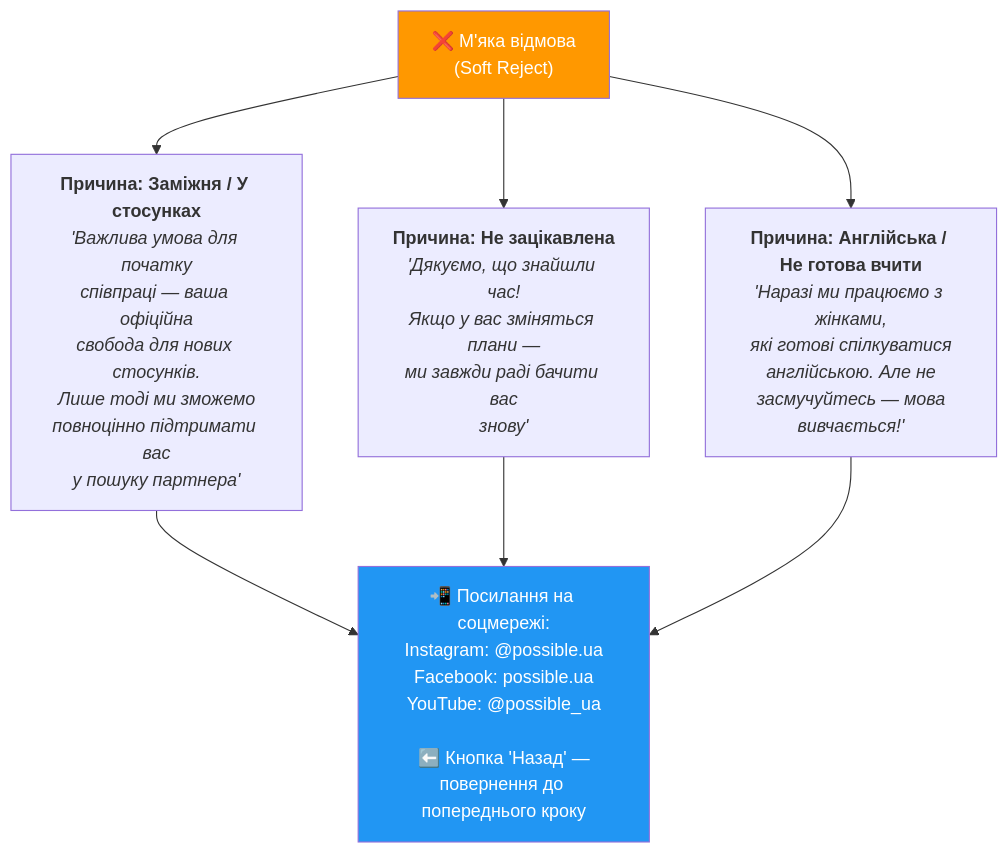
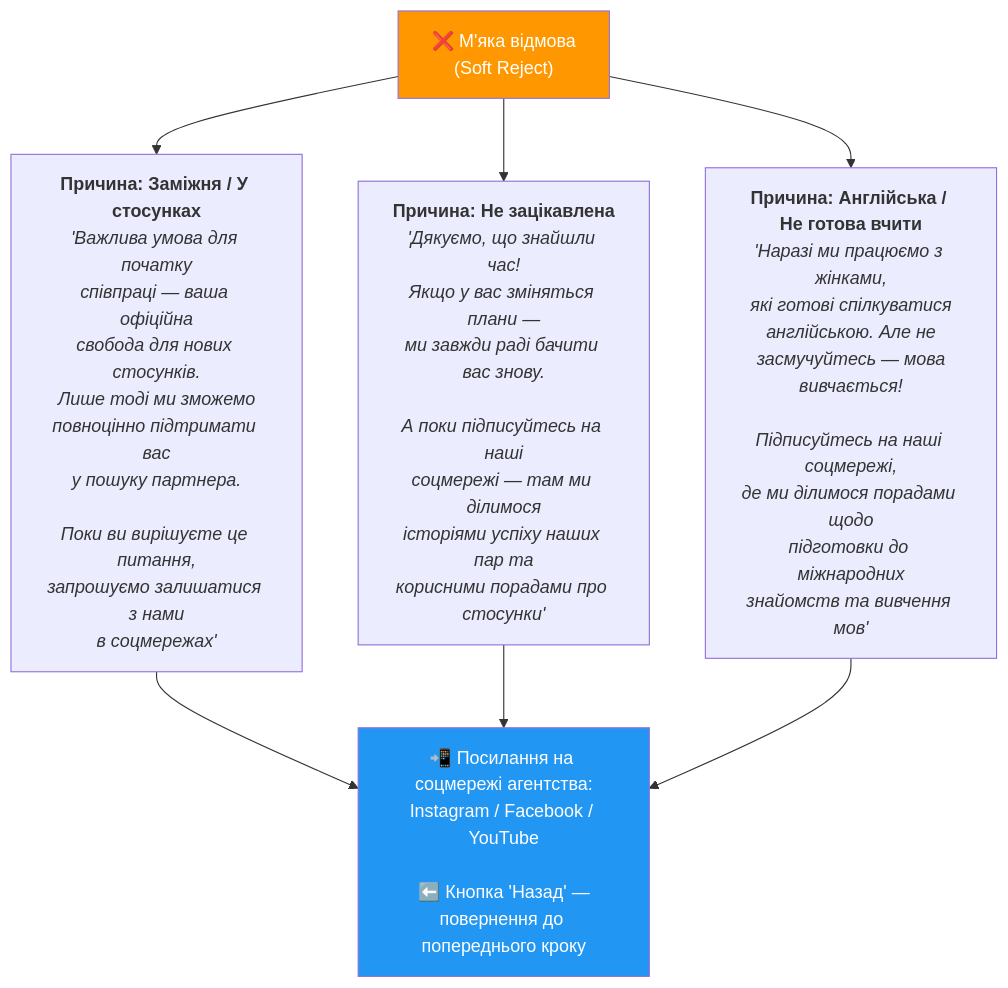
The fifth of 9 diagrams in README.md (sergeytkachenko/tbot), drawn with Mermaid before and after one commit. The commit also changed other lines of this file, not shown here.

````diff
--- a/README.md
+++ b/README.md
@@ -172,19 +177,19 @@
 ```mermaid
 flowchart TD
     REJECT_TITLE["❌ М'яка відмова<br/>(Soft Reject)"]
 
-    REJECT_TITLE --> R1["<b>Причина: Заміжня / У стосунках</b><br/><i>'Важлива умова для початку<br/>співпраці — ваша офіційна<br/>свобода для нових стосунків.<br/>Лише тоді ми зможемо<br/>повноцінно підтримати вас<br/>у пошуку партнера'</i>"]
+    REJECT_TITLE --> R1["<b>Причина: Заміжня / У стосунках</b><br/><i>'Важлива умова для початку<br/>співпраці — ваша офіційна<br/>свобода для нових стосунків.<br/>Лише тоді ми зможемо<br/>повноцінно підтримати вас<br/>у пошуку партнера.<br/><br/>Поки ви вирішуєте це питання,<br/>запрошуємо залишатися з нами<br/>в соцмережах'</i>"]
 
-    REJECT_TITLE --> R2["<b>Причина: Не зацікавлена</b><br/><i>'Дякуємо, що знайшли час!<br/>Якщо у вас зміняться плани —<br/>ми завжди раді бачити вас<br/>знову'</i>"]
+    REJECT_TITLE --> R2["<b>Причина: Не зацікавлена</b><br/><i>'Дякуємо, що знайшли час!<br/>Якщо у вас зміняться плани —<br/>ми завжди раді бачити вас знову.<br/><br/>А поки підписуйтесь на наші<br/>соцмережі — там ми ділимося<br/>історіями успіху наших пар та<br/>корисними порадами про стосунки'</i>"]
 
-    REJECT_TITLE --> R3["<b>Причина: Англійська / Не готова вчити</b><br/><i>'Наразі ми працюємо з жінками,<br/>які готові спілкуватися<br/>англійською. Але не<br/>засмучуйтесь — мова<br/>вивчається!'</i>"]
+    REJECT_TITLE --> R3["<b>Причина: Англійська / Не готова вчити</b><br/><i>'Наразі ми працюємо з жінками,<br/>які готові спілкуватися<br/>англійською. Але не<br/>засмучуйтесь — мова<br/>вивчається!<br/><br/>Підписуйтесь на наші соцмережі,<br/>де ми ділимося порадами щодо<br/>підготовки до міжнародних<br/>знайомств та вивчення мов'</i>"]
 
     R1 --> SOCIAL
     R2 --> SOCIAL
     R3 --> SOCIAL
 
-    SOCIAL["📲 Посилання на соцмережі:<br/>Instagram: @possible.ua<br/>Facebook: possible.ua<br/>YouTube: @possible_ua<br/><br/>⬅️ Кнопка 'Назад' —<br/>повернення до попереднього кроку"]
+    SOCIAL["📲 Посилання на соцмережі агентства:<br/>Instagram / Facebook / YouTube<br/><br/>⬅️ Кнопка 'Назад' —<br/>повернення до попереднього кроку"]
 
     style REJECT_TITLE fill:#FF9800,color:#fff
     style SOCIAL fill:#2196F3,color:#fff
 ```
````
